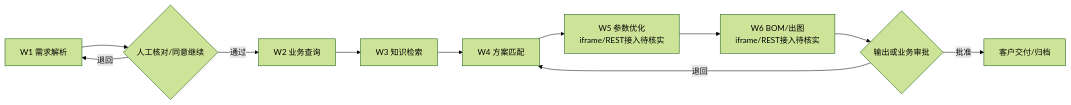
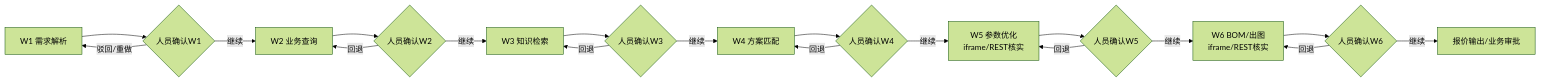
One commit to wamper64/dev-workflow changed the third of 4 diagrams in skills/architecture-baseline/examples/报价整体架构示例.md. Above: the diagram before and after it, drawn with Mermaid (forest theme). The commit also changed other lines of this file, not shown here.

````diff
--- a/skills/architecture-baseline/examples/报价整体架构示例.md
+++ b/skills/architecture-baseline/examples/报价整体架构示例.md
@@ -147,15 +176,23 @@
 ```mermaid
 flowchart LR
-  A["W1 需求解析"] --> H1{"人工核对/同意继续"}
-  H1 --"通过"--> B["W2 业务查询"]
-  H1 --"退回"--> A
-  B --> C["W3 知识检索"]
-  C --> D["W4 方案匹配"]
-  D --> E["W5 参数优化
-iframe/REST接入待核实"]
-  E --> F["W6 BOM/出图
-iframe/REST接入待核实"]
-  F --> H2{"输出或业务审批"}
-  H2 --"批准"--> G["客户交付/归档"]
-  H2 --"退回"--> D
+  W1["W1 需求解析"] --> H1{"人员确认W1"}
+  H1 -->|"继续"| W2["W2 业务查询"]
+  H1 -->|"驳回/重做"| W1
+  W2 --> H2{"人员确认W2"}
+  H2 -->|"继续"| W3["W3 知识检索"]
+  H2 -->|"回退"| W2
+  W3 --> H3{"人员确认W3"}
+  H3 -->|"继续"| W4["W4 方案匹配"]
+  H3 -->|"回退"| W3
+  W4 --> H4{"人员确认W4"}
+  H4 -->|"继续"| W5["W5 参数优化
+iframe/REST核实"]
+  H4 -->|"回退"| W4
+  W5 --> H5{"人员确认W5"}
+  H5 -->|"继续"| W6["W6 BOM/出图
+iframe/REST核实"]
+  H5 -->|"回退"| W5
+  W6 --> H6{"人员确认W6"}
+  H6 -->|"继续"| OUT["报价输出/业务审批"]
+  H6 -->|"回退"| W6
 ```
````
